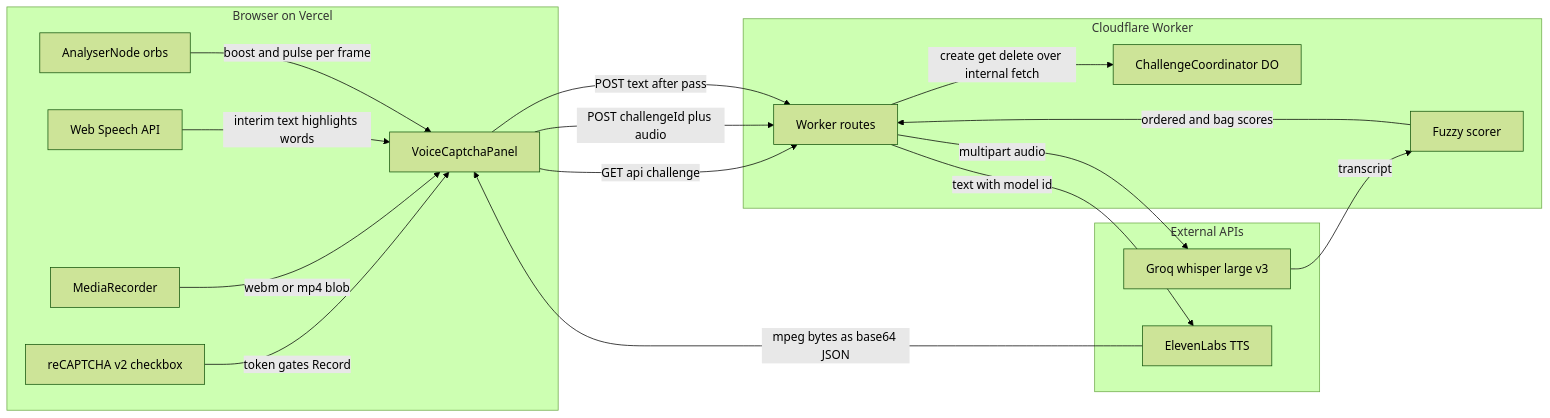
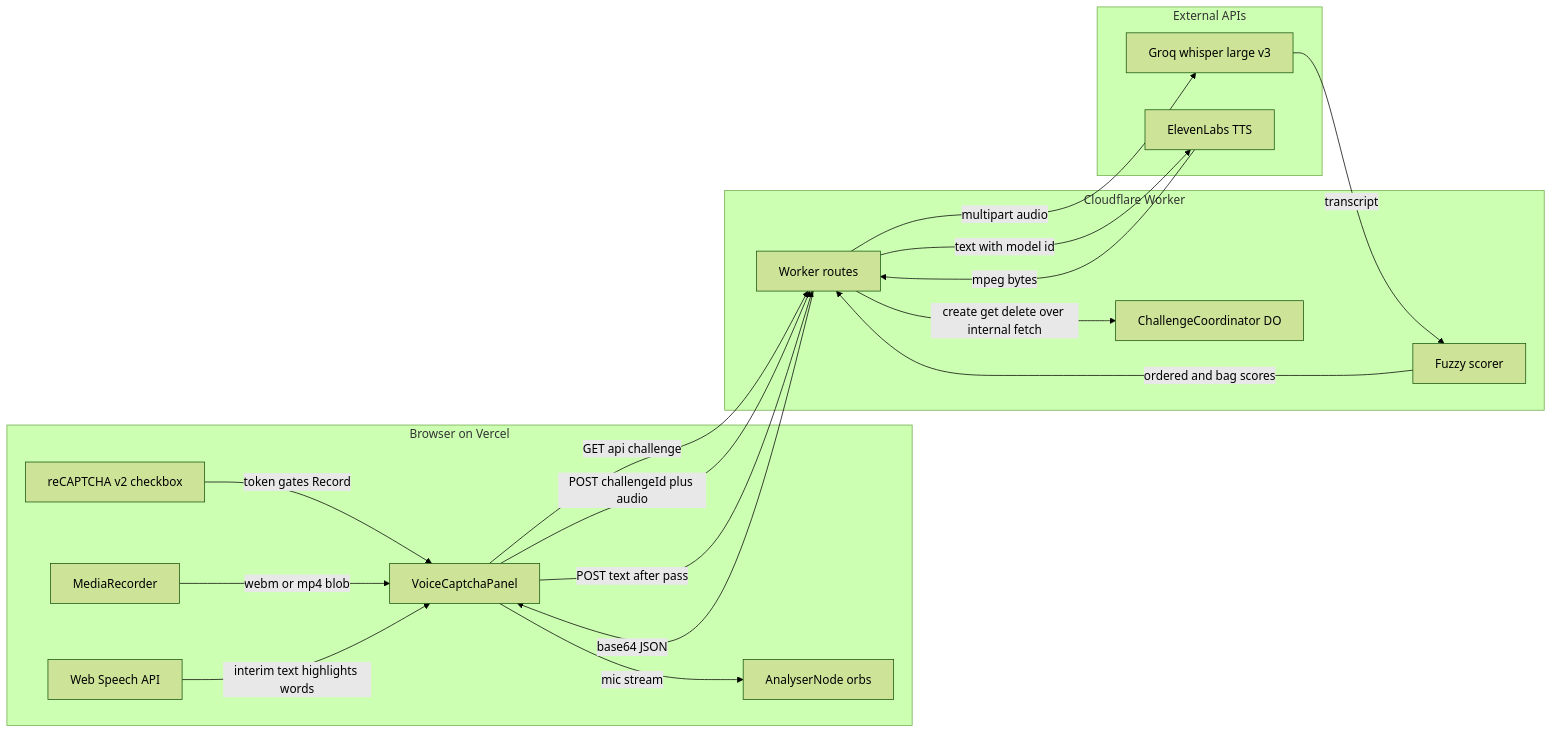
The diagram in content/diagrams/voicecaptcha-voice-turing-test-architecture.mmd (anirxdh/portfolio), drawn with Mermaid (forest theme) before and after one commit. The commit also changed 122 other files, not shown here.

```diff
--- a/content/diagrams/voicecaptcha-voice-turing-test-architecture.mmd
+++ b/content/diagrams/voicecaptcha-voice-turing-test-architecture.mmd
@@ -1,30 +1,31 @@
-graph LR
+flowchart LR
   subgraph S1[Browser on Vercel]
     A[reCAPTCHA v2 checkbox]
     B[MediaRecorder]
     C[Web Speech API]
     D[AnalyserNode orbs]
     E[VoiceCaptchaPanel]
   end
   subgraph S2[Cloudflare Worker]
     F[Worker routes]
     G[ChallengeCoordinator DO]
     H[Fuzzy scorer]
   end
   subgraph S3[External APIs]
     I[Groq whisper large v3]
     J[ElevenLabs TTS]
   end
   A -->|token gates Record| E
   B -->|webm or mp4 blob| E
   C -->|interim text highlights words| E
-  D -->|boost and pulse per frame| E
+  E -->|mic stream| D
   E -->|GET api challenge| F
   E -->|POST challengeId plus audio| F
   E -->|POST text after pass| F
   F -->|create get delete over internal fetch| G
   F -->|multipart audio| I
   I -->|transcript| H
   H -->|ordered and bag scores| F
   F -->|text with model id| J
-  J -->|mpeg bytes as base64 JSON| E
+  J -->|mpeg bytes| F
+  F -->|base64 JSON| E
```
